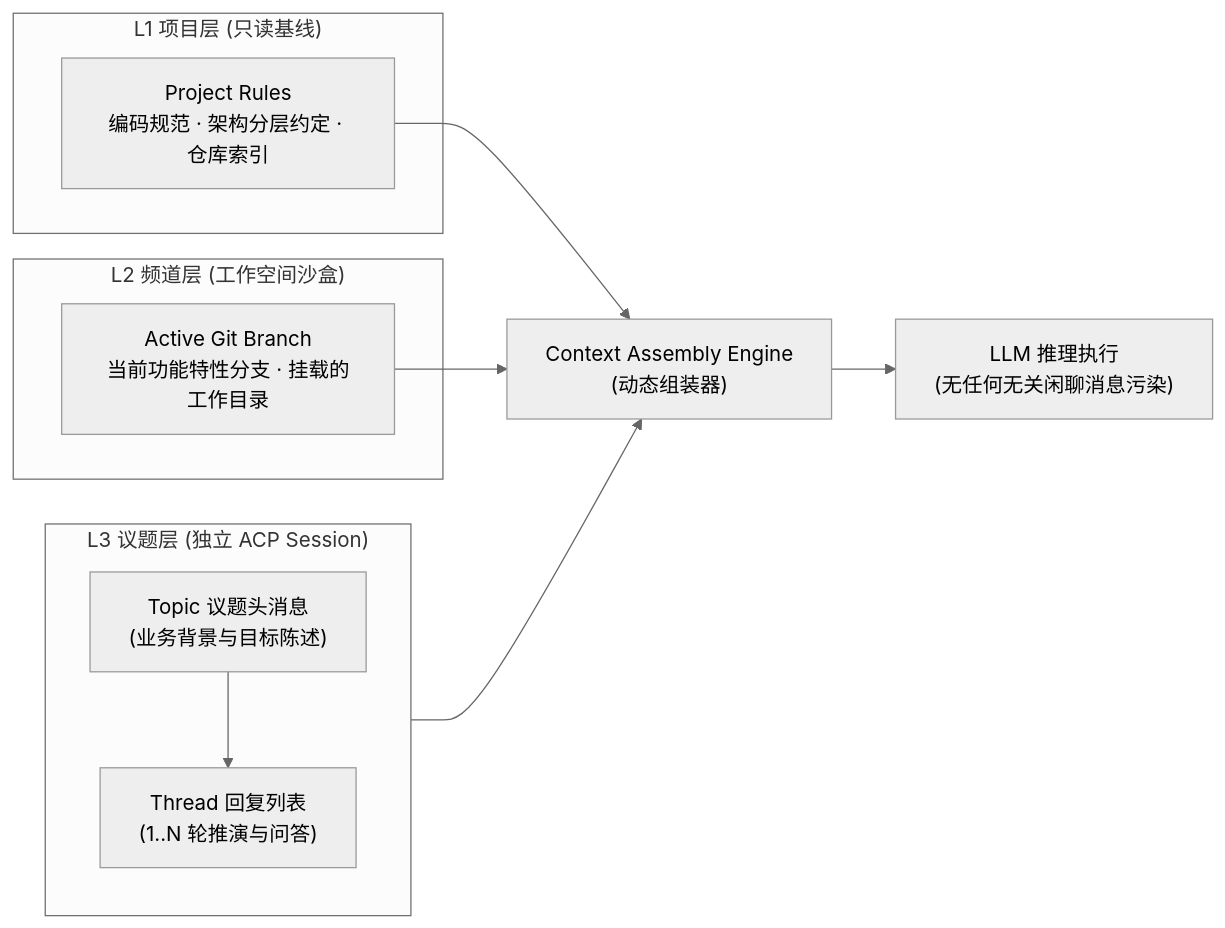
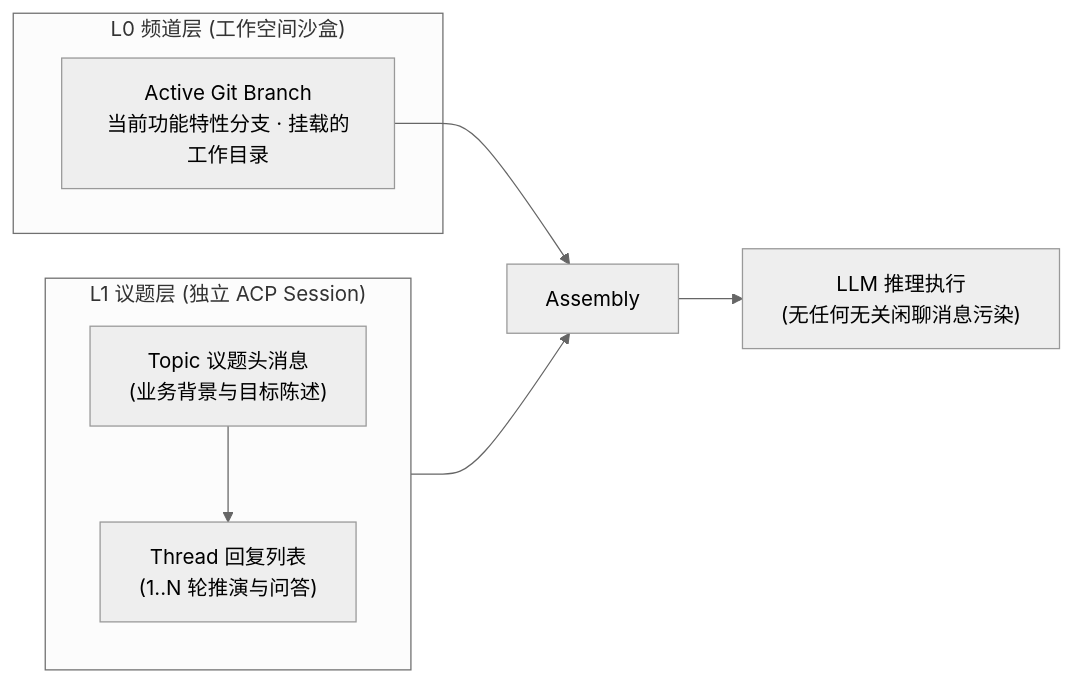
The diagram in docs/TECH_SPEC_MESSAGING_SPACE.md (xunuosi/shadow-crew), drawn with Mermaid (neutral theme) before and after one commit. The commit also changed other lines of this file and 21 other files, not shown here.

````diff
--- a/docs/TECH_SPEC_MESSAGING_SPACE.md
+++ b/docs/TECH_SPEC_MESSAGING_SPACE.md
@@ -315,22 +289,17 @@
 ```mermaid
 graph LR
-    subgraph Level1 ["L1 项目层 (只读基线)"]
-        P_Spec["Project Rules<br/>编码规范 · 架构分层约定 · 仓库索引"]
-    end
-
-    subgraph Level2 ["L2 频道层 (工作空间沙盒)"]
+    subgraph Level1 ["L0 频道层 (工作空间沙盒)"]
         C_Work["Active Git Branch<br/>当前功能特性分支 · 挂载的工作目录"]
     end
 
-    subgraph Level3 ["L3 议题层 (独立 ACP Session)"]
+    subgraph Level2 ["L1 议题层 (独立 ACP Session)"]
         direction TB
         T_Head["Topic 议题头消息<br/>(业务背景与目标陈述)"]
         T_Replies["Thread 回复列表<br/>(1..N 轮推演与问答)"]
         T_Head --> T_Replies
     end
 
-    P_Spec --> Assembly["Context Assembly Engine<br/>(动态组装器)"]
     C_Work --> Assembly
-    Level3 --> Assembly
+    Level2 --> Assembly
     Assembly --> LLM["LLM 推理执行<br/>(无任何无关闲聊消息污染)"]
 ```
````
